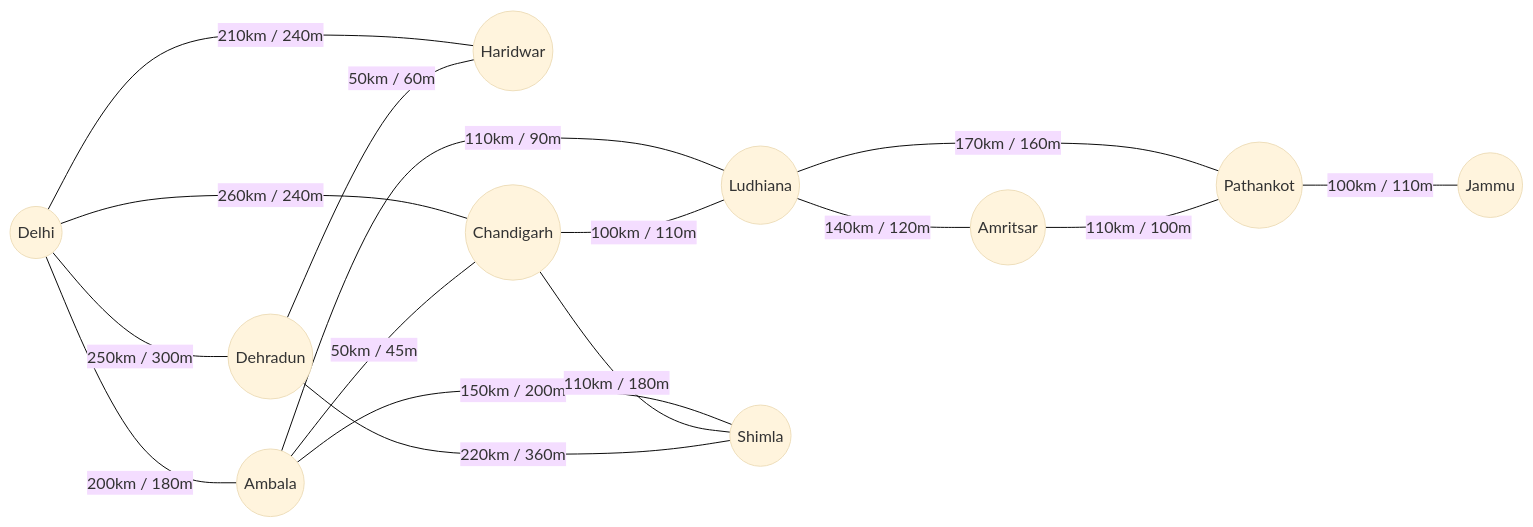
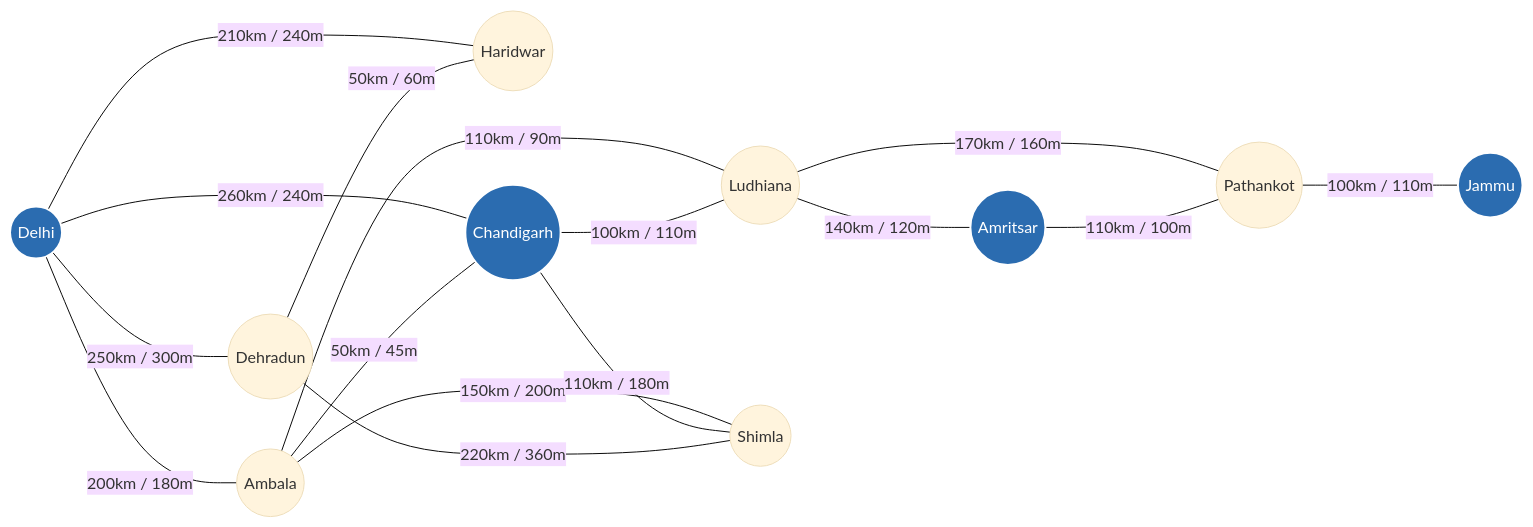
One commit to ayushraj2003one-alt/Railway-Management-System changed the diagram in README.md. Above: the diagram before and after it, drawn with Mermaid (base theme). The commit also changed other lines of this file, not shown here.

````diff
--- a/README.md
+++ b/README.md
@@ -20,18 +96,23 @@
 ```mermaid
 graph LR
     Delhi((Delhi)) ---|200km / 180m| Ambala((Ambala))
     Delhi ---|250km / 300m| Dehradun((Dehradun))
     Delhi ---|210km / 240m| Haridwar((Haridwar))
     Delhi ---|260km / 240m| Chandigarh((Chandigarh))
     Ambala ---|50km / 45m| Chandigarh
     Ambala ---|110km / 90m| Ludhiana((Ludhiana))
     Ambala ---|150km / 200m| Shimla((Shimla))
     Chandigarh ---|110km / 180m| Shimla
     Chandigarh ---|100km / 110m| Ludhiana
     Ludhiana ---|140km / 120m| Amritsar((Amritsar))
     Ludhiana ---|170km / 160m| Pathankot((Pathankot))
     Amritsar ---|110km / 100m| Pathankot
     Pathankot ---|100km / 110m| Jammu((Jammu))
     Dehradun ---|50km / 60m| Haridwar
     Dehradun ---|220km / 360m| Shimla
+
+    style Delhi fill:#2B6CB0,stroke:#fff,stroke-width:2px,color:#fff
+    style Jammu fill:#2B6CB0,stroke:#fff,stroke-width:2px,color:#fff
+    style Chandigarh fill:#2B6CB0,stroke:#fff,stroke-width:2px,color:#fff
+    style Amritsar fill:#2B6CB0,stroke:#fff,stroke-width:2px,color:#fff
 ```
````
